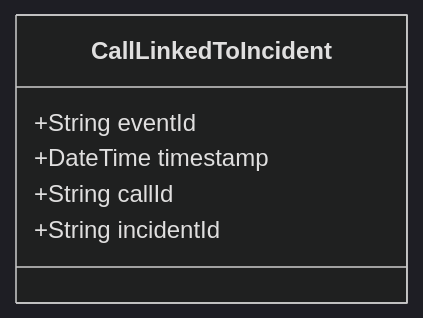
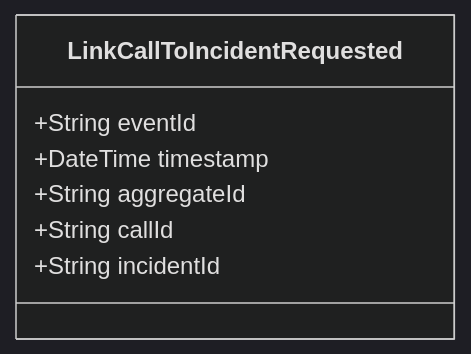
One commit to pgraff/police-system changed the diagram in doc/events/CallLinkedToIncident.md. Above: the diagram before and after it, drawn with Mermaid (dark theme). The commit also changed other lines of this file and 58 other files, not shown here.

````diff
--- a/doc/events/CallLinkedToIncident.md
+++ b/doc/events/CallLinkedToIncident.md
@@ -9,9 +9,10 @@
 ```mermaid
 classDiagram
-    class CallLinkedToIncident {
+    class LinkCallToIncidentRequested {
         +String eventId
         +DateTime timestamp
+        +String aggregateId
         +String callId
         +String incidentId
     }
 ```
````
